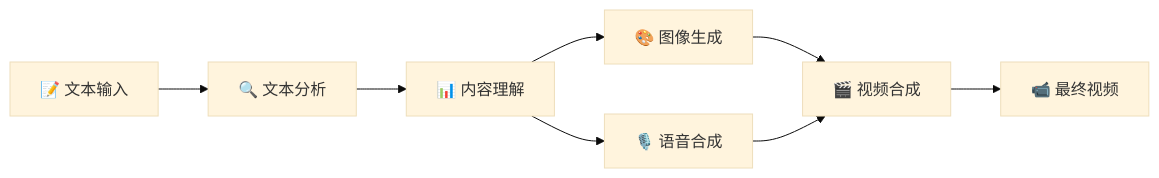
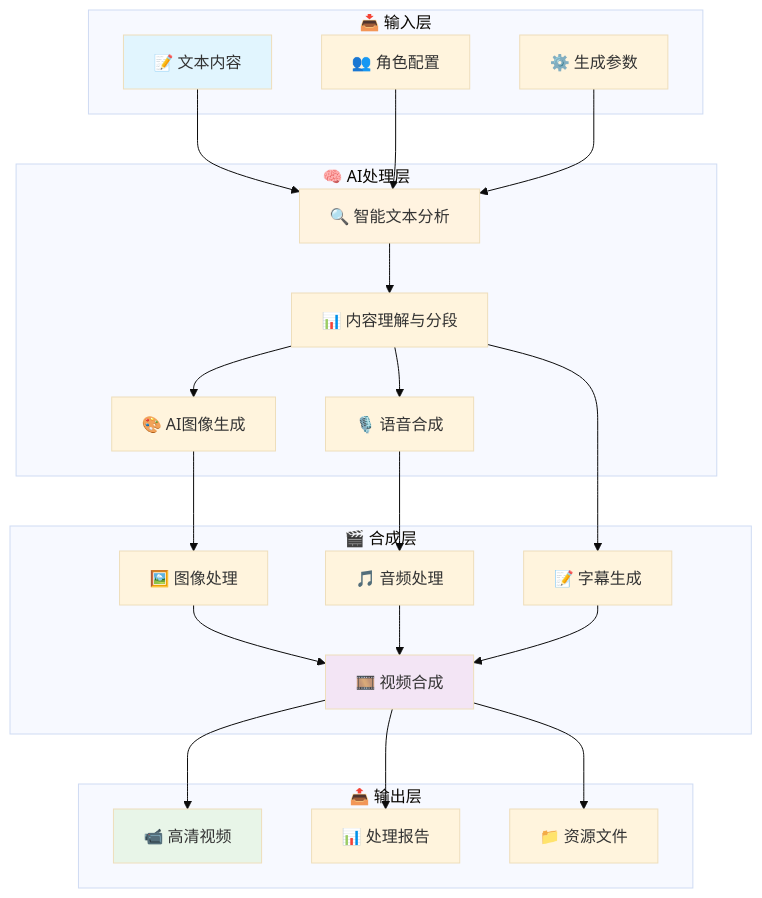
The diagram in README.md (huliux/story-flow), drawn with Mermaid (base theme) before and after one commit. The commit also changed other lines of this file and 23 other files, not shown here.

Commit message:
feat: 添加LiblibAI图像生成功能 refactor(story_generator): 添加语义分析自动执行功能

````diff
--- a/README.md
+++ b/README.md
@@ -260,10 +378,49 @@
 ```mermaid
-graph LR
-    A[📝 文本输入] --> B[🔍 文本分析]
-    B --> C[📊 内容理解]
-    C --> D[🎨 图像生成]
-    C --> E[🎙️ 语音合成]
-    D --> F[🎬 视频合成]
+graph TB
+    subgraph "📥 输入层"
+        A[📝 文本内容]
+        B[👥 角色配置]
+        C[⚙️ 生成参数]
+    end
+    
+    subgraph "🧠 AI处理层"
+        D[🔍 智能文本分析]
+        E[📊 内容理解与分段]
+        F[🎨 AI图像生成]
+        G[🎙️ 语音合成]
+    end
+    
+    subgraph "🎬 合成层"
+        H[🖼️ 图像处理]
+        I[🎵 音频处理]
+        J[📝 字幕生成]
+        K[🎞️ 视频合成]
+    end
+    
+    subgraph "📤 输出层"
+        L[📹 高清视频]
+        M[📊 处理报告]
+        N[📁 资源文件]
+    end
+    
+    A --> D
+    B --> D
+    C --> D
+    D --> E
     E --> F
-    F --> G[📹 最终视频]
+    E --> G
+    F --> H
+    G --> I
+    E --> J
+    H --> K
+    I --> K
+    J --> K
+    K --> L
+    K --> M
+    K --> N
+    
+    style A fill:#e1f5fe
+    style L fill:#e8f5e8
+    style D fill:#fff3e0
+    style K fill:#f3e5f5
 ```
````
